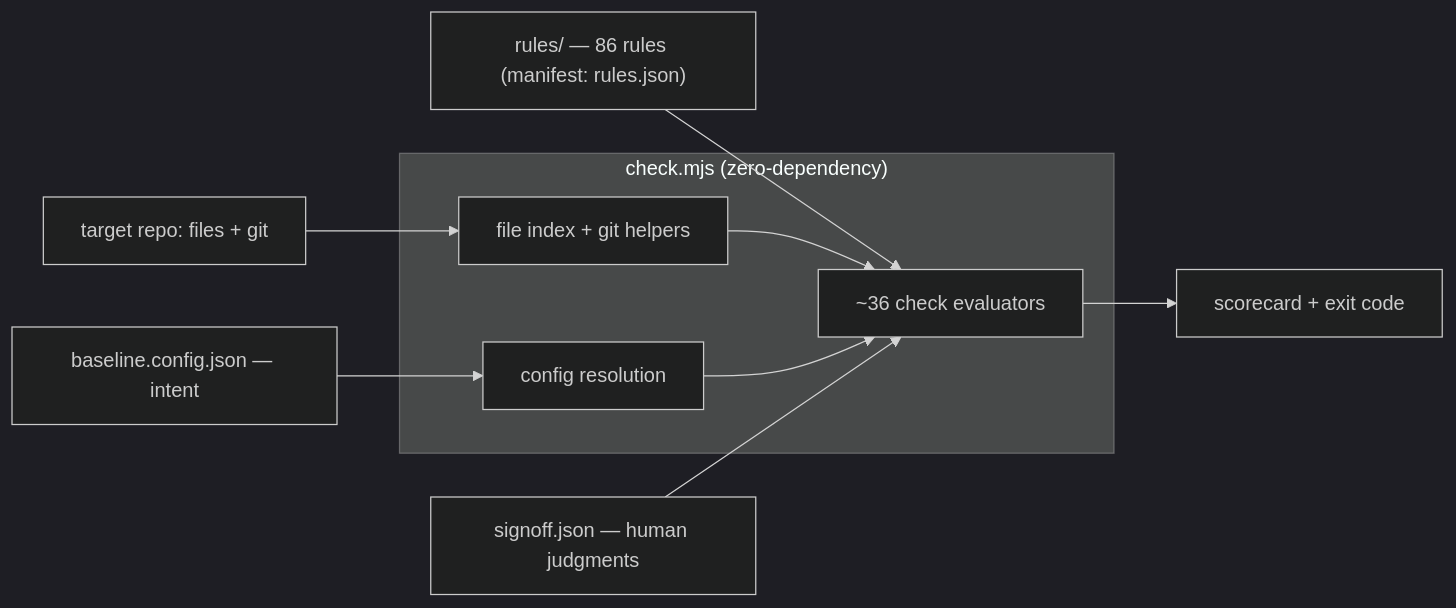
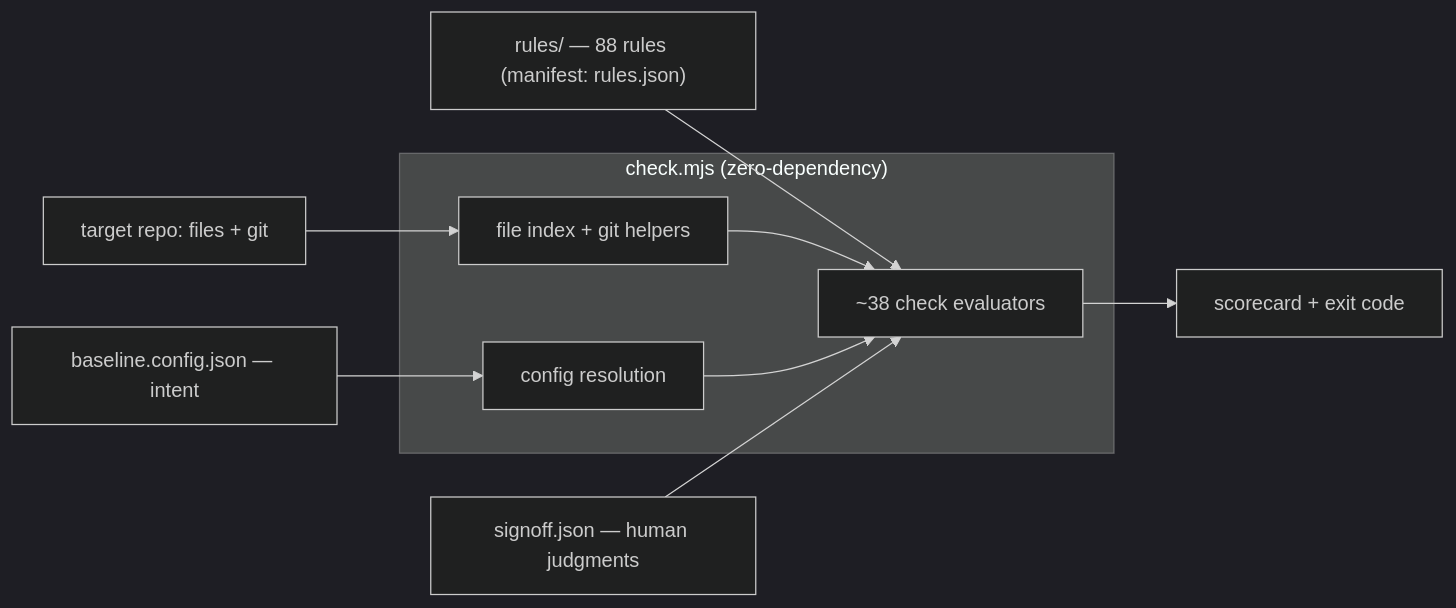
One commit to AdarGit008/baseline-skill changed the first of 3 diagrams in REFERENCE.md. Above: the diagram before and after it, drawn with Mermaid (dark theme). The commit also changed other lines of this file and 9 other files, not shown here.

````diff
--- a/REFERENCE.md
+++ b/REFERENCE.md
@@ -58,12 +58,12 @@
 ```mermaid
 flowchart LR
   CFG["baseline.config.json — intent"] --> RES
-  RULES["rules/ — 86 rules (manifest: rules.json)"] --> EVAL
+  RULES["rules/ — 88 rules (manifest: rules.json)"] --> EVAL
   REPO["target repo: files + git"] --> IDX
   subgraph ENGINE["check.mjs (zero-dependency)"]
-    IDX["file index + git helpers"] --> EVAL["~36 check evaluators"]
+    IDX["file index + git helpers"] --> EVAL["~38 check evaluators"]
     RES["config resolution"] --> EVAL
   end
   SO["signoff.json — human judgments"] --> EVAL
   EVAL --> OUT["scorecard + exit code"]
 ```
````
